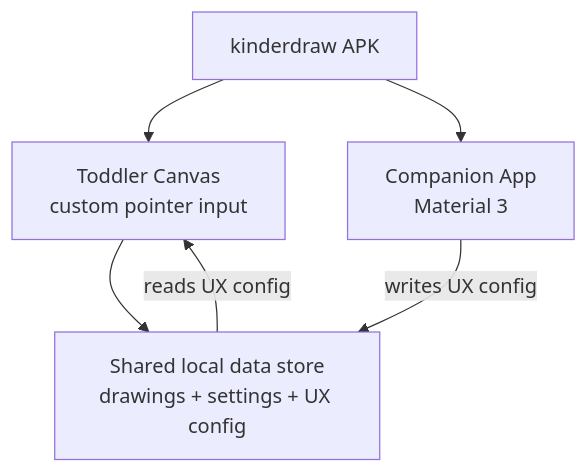
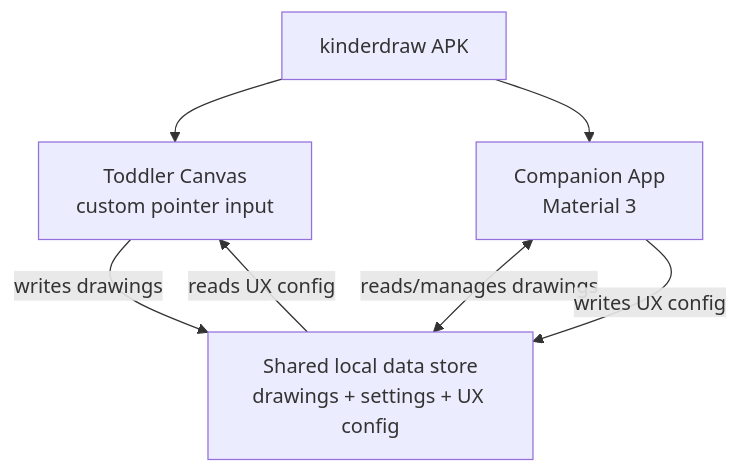
Before and after one commit to clahey/kinderdraw: the diagram in docs/high-level-design.md, drawn with Mermaid. The commit also changed other lines of this file, not shown here.

````diff
--- a/docs/high-level-design.md
+++ b/docs/high-level-design.md
@@ -53,13 +53,14 @@
 ```mermaid
 graph TD
     App[kinderdraw APK]
     Canvas[Toddler Canvas<br/>custom pointer input]
     Companion[Companion App<br/>Material 3]
     Store[Shared local data store<br/>drawings + settings + UX config]
 
     App --> Canvas
     App --> Companion
-    Canvas --> Store
+    Canvas -- writes drawings --> Store
+    Companion <-- reads/manages drawings --> Store
     Companion -- writes UX config --> Store
     Store -- reads UX config --> Canvas
 ```
````
